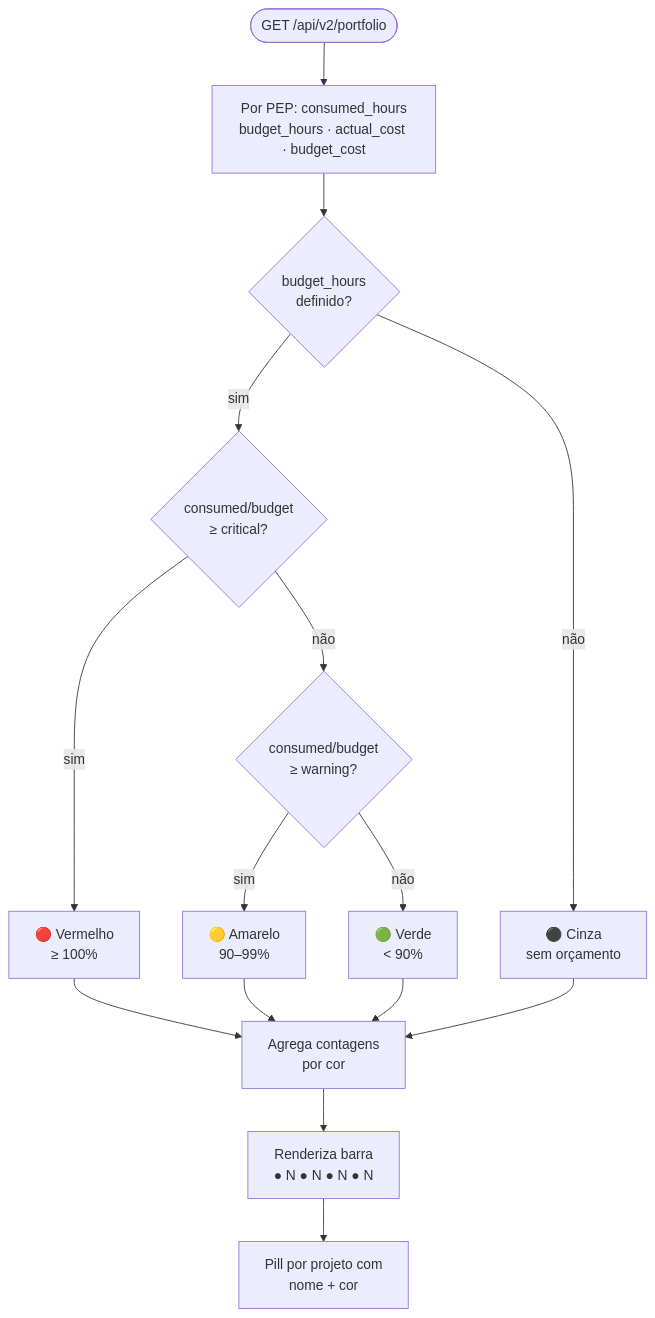
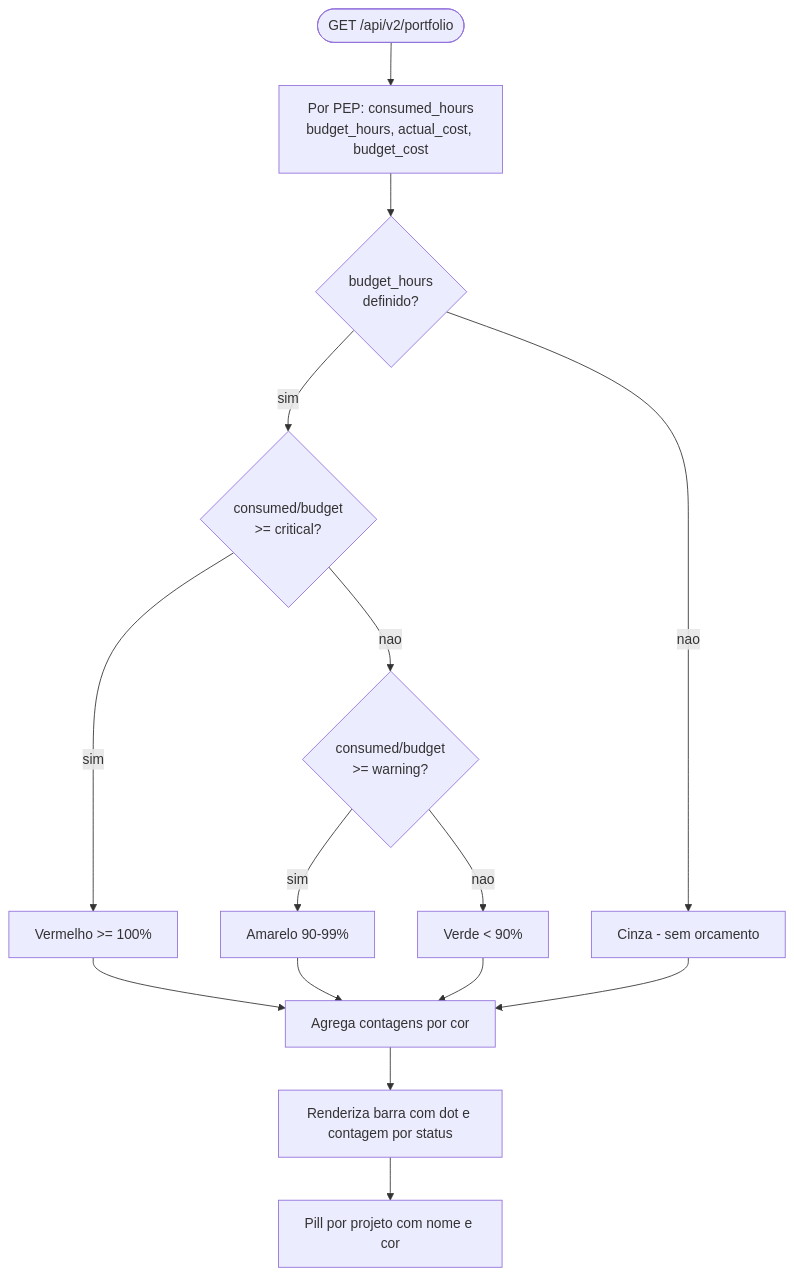
Before and after one commit to RtaSistemas/PMAS: the tenth of 12 diagrams in README.md, drawn with Mermaid. The commit also changed other lines of this file, not shown here.

First line of the commit message:
fix(readme): repair all 12 Mermaid diagrams for GitHub rendering

````diff
--- a/README.md
+++ b/README.md
@@ -844,15 +844,15 @@
 ```mermaid
 flowchart TD
-    A([GET /api/v2/portfolio]) --> B[Por PEP: consumed_hours\nbudget_hours · actual_cost · budget_cost]
-    B --> C{budget_hours\ndefinido?}
-    C -- não --> GREY[⚫ Cinza\nsem orçamento]
-    C -- sim --> D{consumed/budget\n≥ critical?}
-    D -- sim --> RED[🔴 Vermelho\n≥ 100%]
-    D -- não --> E{consumed/budget\n≥ warning?}
-    E -- sim --> YELLOW[🟡 Amarelo\n90–99%]
-    E -- não --> GREEN[🟢 Verde\n< 90%]
+    A([GET /api/v2/portfolio]) --> B["Por PEP: consumed_hours\nbudget_hours, actual_cost, budget_cost"]
+    B --> C{"budget_hours\ndefinido?"}
+    C -- nao --> GREY["Cinza - sem orcamento"]
+    C -- sim --> D{"consumed/budget\n>= critical?"}
+    D -- sim --> RED["Vermelho >= 100%"]
+    D -- nao --> E{"consumed/budget\n>= warning?"}
+    E -- sim --> YELLOW["Amarelo 90-99%"]
+    E -- nao --> GREEN["Verde < 90%"]
 
-    RED & YELLOW & GREEN & GREY --> F[Agrega contagens\npor cor]
-    F --> G[Renderiza barra\n● N  ● N  ● N  ● N]
-    G --> H[Pill por projeto com\nnome + cor]
+    RED & YELLOW & GREEN & GREY --> F["Agrega contagens por cor"]
+    F --> G["Renderiza barra com dot e contagem por status"]
+    G --> H["Pill por projeto com nome e cor"]
 ```
````
